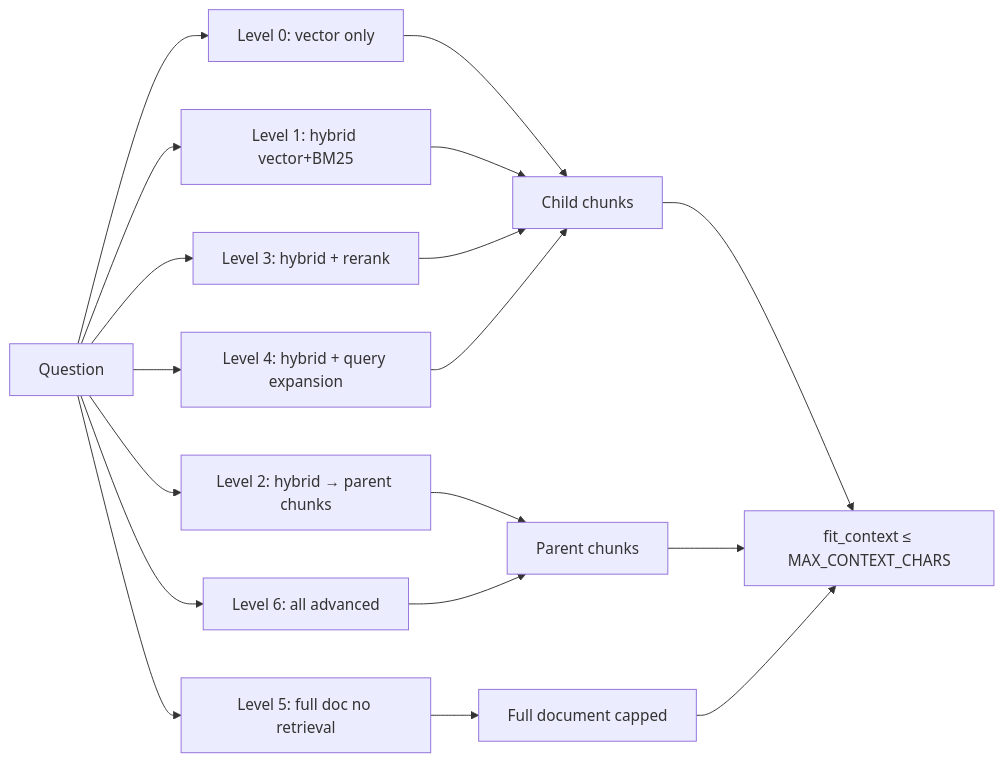
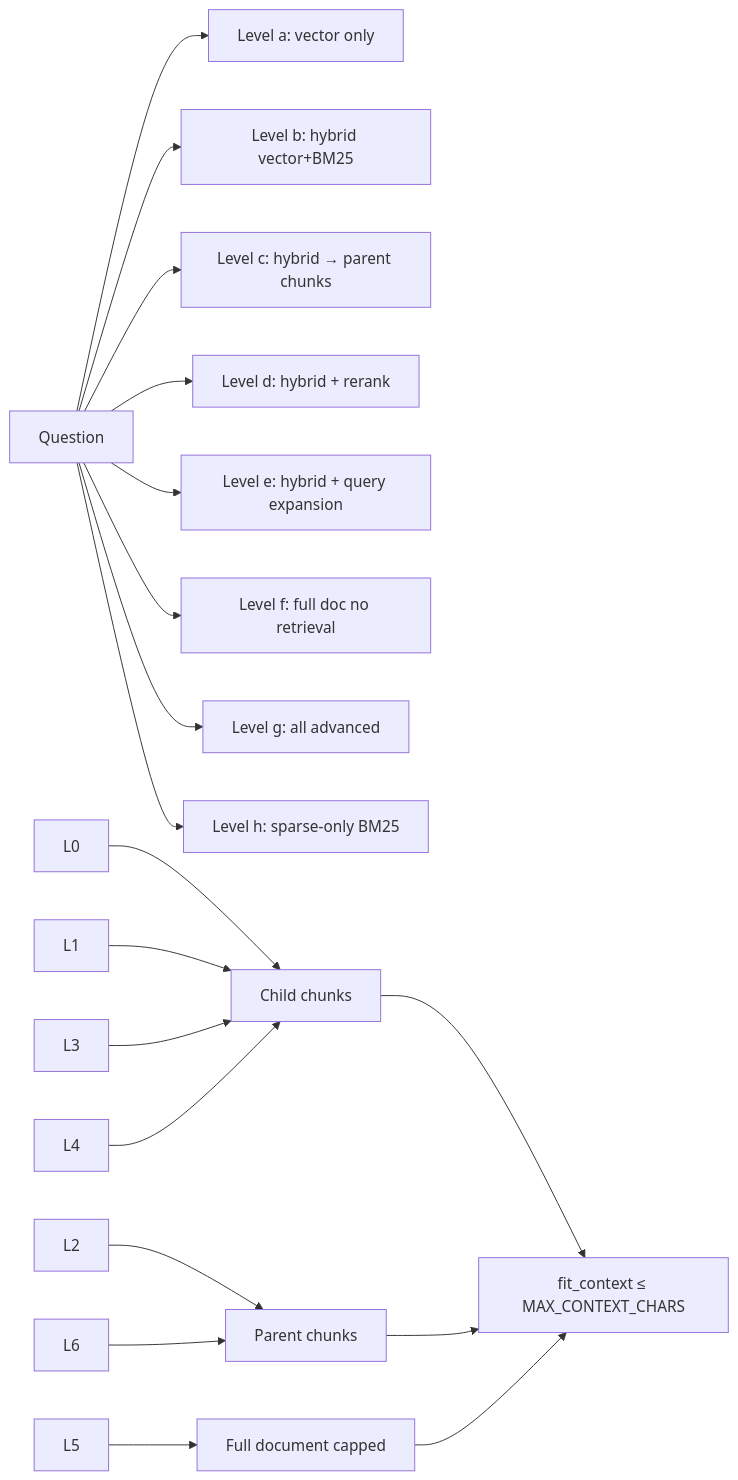
Before and after one commit to bandepanu/rag-experiment: the second of 2 diagrams in rag-exploration.md, drawn with Mermaid. The commit also changed other lines of this file and 7 other files, not shown here.

First line of the commit message:
Add letter-based levels (a-h), sparse-only level h, and GraphRAG separate script

````diff
--- a/rag-exploration.md
+++ b/rag-exploration.md
@@ -363,23 +438,24 @@
 ```mermaid
 flowchart LR
     Q[Question]
-    Q --> L0[Level 0: vector only]
-    Q --> L1[Level 1: hybrid vector+BM25]
-    Q --> L2[Level 2: hybrid → parent chunks]
-    Q --> L3[Level 3: hybrid + rerank]
-    Q --> L4[Level 4: hybrid + query expansion]
-    Q --> L5[Level 5: full doc no retrieval]
-    Q --> L6[Level 6: all advanced]
+    Q --> La[Level a: vector only]
+    Q --> Lb[Level b: hybrid vector+BM25]
+    Q --> Lc[Level c: hybrid → parent chunks]
+    Q --> Ld[Level d: hybrid + rerank]
+    Q --> Le[Level e: hybrid + query expansion]
+    Q --> Lf[Level f: full doc no retrieval]
+    Q --> Lg[Level g: all advanced]
+    Q --> Lh[Level h: sparse-only BM25]
 
     L0 --> CH[Child chunks]
     L1 --> CH
     L2 --> PH[Parent chunks]
     L3 --> CH
     L4 --> CH
     L5 --> FD[Full document capped]
     L6 --> PH
 
     CH --> FCX[fit_context ≤ MAX_CONTEXT_CHARS]
     PH --> FCX
     FD --> FCX
 ```
````
